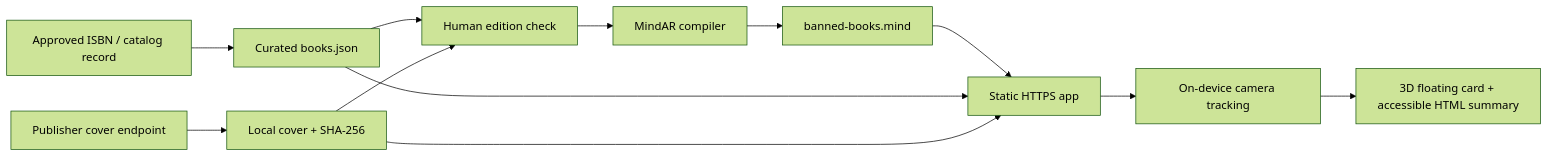
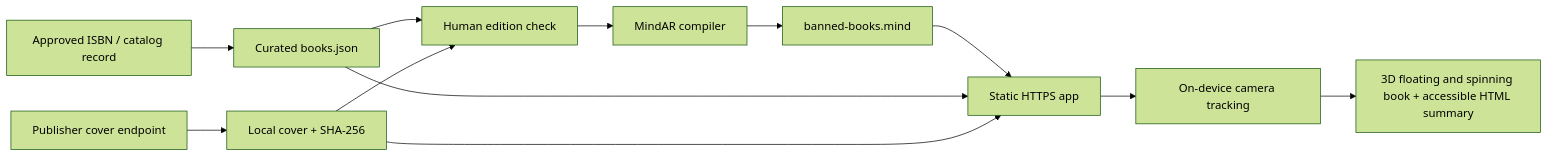
The diagram in docs/AR_LOGIC.md (CrashPr0/Banned-Book-Week), drawn with Mermaid (forest theme) before and after one commit. The commit also changed other lines of this file and 4 other files, not shown here.

````diff
--- a/docs/AR_LOGIC.md
+++ b/docs/AR_LOGIC.md
@@ -11,14 +11,14 @@
 ```mermaid
 flowchart LR
     A[Approved ISBN / catalog record] --> B[Curated books.json]
     C[Publisher cover endpoint] --> D[Local cover + SHA-256]
     B --> E[Human edition check]
     D --> E
     E --> F[MindAR compiler]
     F --> G[banned-books.mind]
     G --> H[Static HTTPS app]
     B --> H
     D --> H
     H --> I[On-device camera tracking]
-    I --> J[3D floating card + accessible HTML summary]
+    I --> J[3D floating and spinning book + accessible HTML summary]
 ```
````
